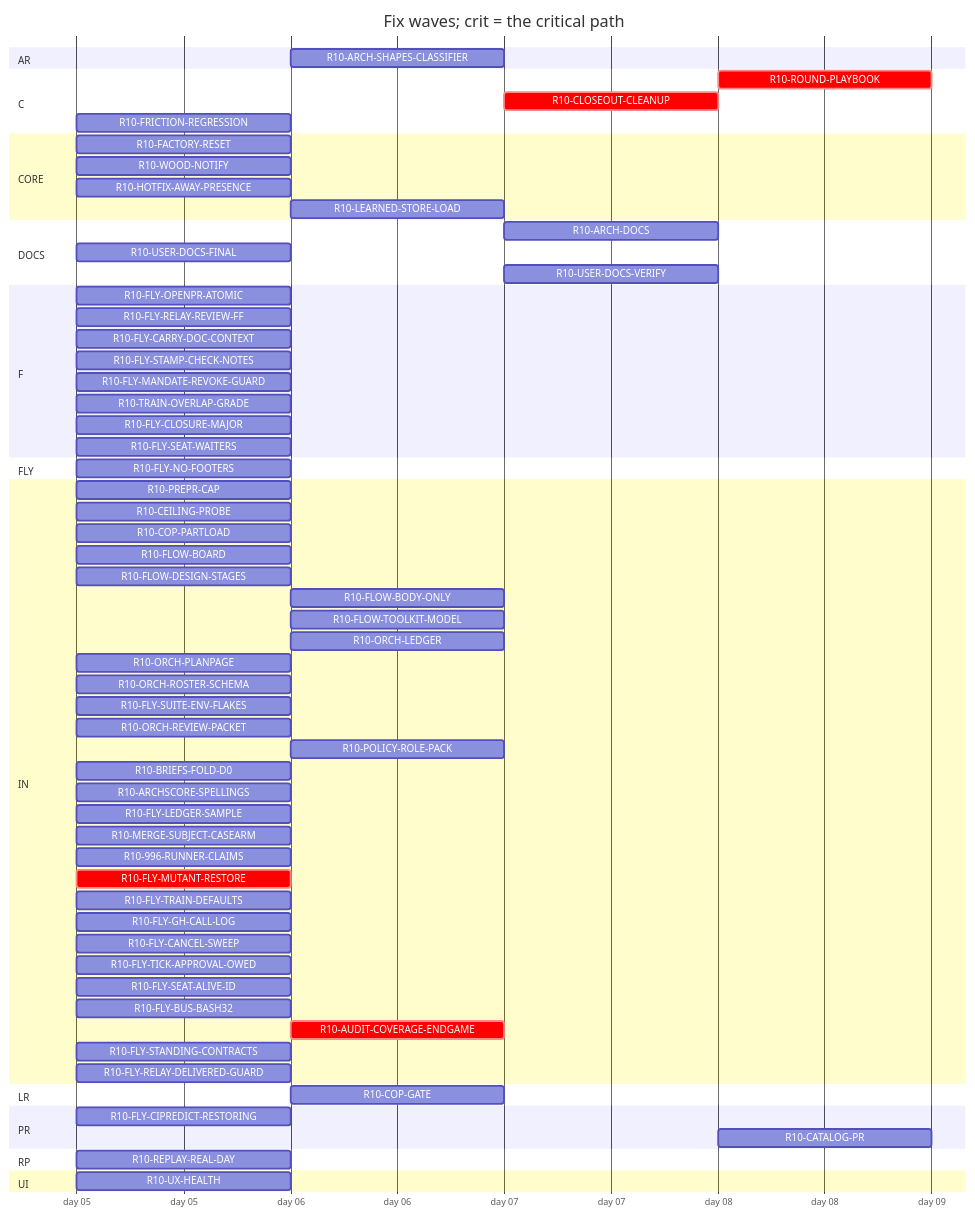
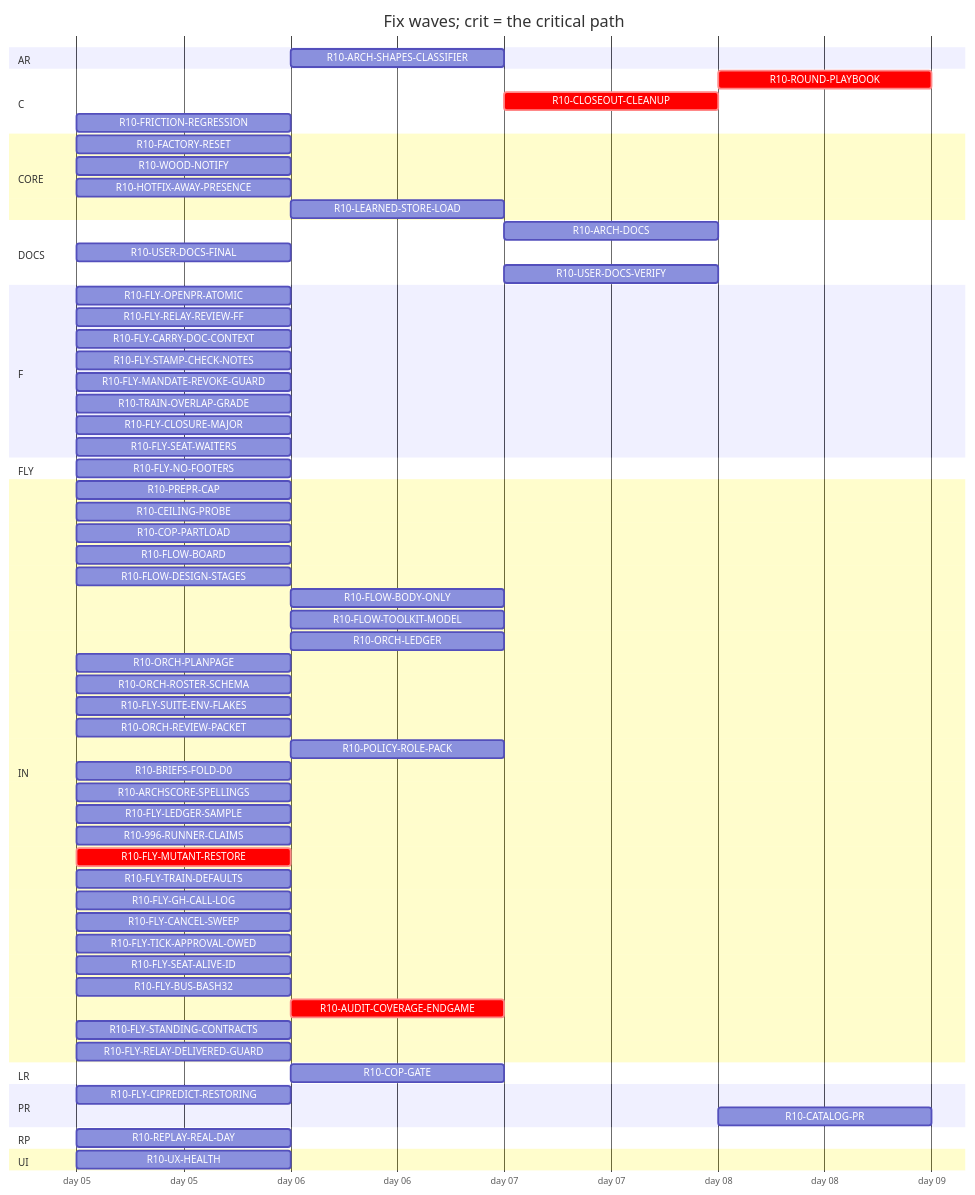
One commit to tvofi/heatpump_optimizer changed the diagram in handoff/round10/state/PLAN-TABLE.md. Above: the diagram before and after it, drawn with Mermaid. The commit also changed other lines of this file and 3 other files, not shown here.

Commit message:
state: FLOW-BOARD.md, NEXT-SESSION-PROMPT.md, PLAN-TABLE.md, RESUME-CURRENT.md regenerated (state_docs.py)

````diff
--- a/handoff/round10/state/PLAN-TABLE.md
+++ b/handoff/round10/state/PLAN-TABLE.md
@@ -24,70 +24,69 @@
 ```mermaid
 gantt
   title Fix waves; crit = the critical path
   dateFormat YYYY-MM-DD
   axisFormat day %d
   section AR
     R10-ARCH-SHAPES-CLASSIFIER :r10ARCHSHAPESCLASSIFIER, after r10996RUNNERCLAIMS, 1d
   section C
     R10-ROUND-PLAYBOOK :crit, r10ROUNDPLAYBOOK, after r10ORCHLEDGER r10ORCHPLANPAGE r10FLYRELAYREVIEWFF r10FLOWBODYONLY r10AUDITCOVERAGEENDGAME r10FLOWDESIGNSTAGES r10ORCHROSTERSCHEMA r10FLOWTOOLKITMODEL r10TRAINOVERLAPGRADE r10FLYTRAINDEFAULTS r10FLYCANCELSWEEP r10POLICYROLEPACK r10ORCHREVIEWPACKET r10FLOWBOARD r10CLOSEOUTCLEANUP, 1d
     R10-CLOSEOUT-CLEANUP :crit, r10CLOSEOUTCLEANUP, after r10AUDITCOVERAGEENDGAME, 1d
     R10-FRICTION-REGRESSION :r10FRICTIONREGRESSION, 2026-01-05, 1d
   section CORE
     R10-FACTORY-RESET :r10FACTORYRESET, 2026-01-05, 1d
     R10-WOOD-NOTIFY :r10WOODNOTIFY, 2026-01-05, 1d
     R10-HOTFIX-AWAY-PRESENCE :r10HOTFIXAWAYPRESENCE, 2026-01-05, 1d
     R10-LEARNED-STORE-LOAD :r10LEARNEDSTORELOAD, after r10FACTORYRESET, 1d
   section DOCS
     R10-ARCH-DOCS :r10ARCHDOCS, after r10COPGATE r10UXHEALTH r10CEILINGPROBE r10COPPARTLOAD r10FLOWBOARD r10FLOWDESIGNSTAGES r10FLOWBODYONLY r10FLYOPENPRATOMIC r10FLYRELAYREVIEWFF r10FLYCARRYDOCCONTEXT r10FLOWTOOLKITMODEL r10FLYSTAMPCHECKNOTES r10FLYMANDATEREVOKEGUARD r10TRAINOVERLAPGRADE r10FLYSUITEENVFLAKES r10ORCHLEDGER r10ORCHPLANPAGE r10ORCHROSTERSCHEMA r10ORCHREVIEWPACKET r10POLICYROLEPACK r10BRIEFSFOLDD0 r10REPLAYREALDAY r10ARCHSCORESPELLINGS r10FLYLEDGERSAMPLE, 1d
     R10-USER-DOCS-FINAL :r10USERDOCSFINAL, 2026-01-05, 1d
     R10-USER-DOCS-VERIFY :r10USERDOCSVERIFY, after r10COPGATE r10UXHEALTH r10CEILINGPROBE r10COPPARTLOAD r10FACTORYRESET r10WOODNOTIFY r10USERDOCSFINAL r10ARCHSHAPESCLASSIFIER r10HOTFIXAWAYPRESENCE, 1d
   section F
     R10-FLY-OPENPR-ATOMIC :r10FLYOPENPRATOMIC, 2026-01-05, 1d
     R10-FLY-RELAY-REVIEW-FF :r10FLYRELAYREVIEWFF, 2026-01-05, 1d
     R10-FLY-CARRY-DOC-CONTEXT :r10FLYCARRYDOCCONTEXT, 2026-01-05, 1d
     R10-FLY-STAMP-CHECK-NOTES :r10FLYSTAMPCHECKNOTES, 2026-01-05, 1d
     R10-FLY-MANDATE-REVOKE-GUARD :r10FLYMANDATEREVOKEGUARD, 2026-01-05, 1d
     R10-TRAIN-OVERLAP-GRADE :r10TRAINOVERLAPGRADE, 2026-01-05, 1d
     R10-FLY-CLOSURE-MAJOR :r10FLYCLOSUREMAJOR, 2026-01-05, 1d
     R10-FLY-SEAT-WAITERS :r10FLYSEATWAITERS, 2026-01-05, 1d
   section FLY
     R10-FLY-NO-FOOTERS :r10FLYNOFOOTERS, 2026-01-05, 1d
   section IN
     R10-PREPR-CAP :r10PREPRCAP, 2026-01-05, 1d
     R10-CEILING-PROBE :r10CEILINGPROBE, 2026-01-05, 1d
     R10-COP-PARTLOAD :r10COPPARTLOAD, 2026-01-05, 1d
     R10-FLOW-BOARD :r10FLOWBOARD, 2026-01-05, 1d
     R10-FLOW-DESIGN-STAGES :r10FLOWDESIGNSTAGES, 2026-01-05, 1d
     R10-FLOW-BODY-ONLY :r10FLOWBODYONLY, after r10FLYOPENPRATOMIC, 1d
     R10-FLOW-TOOLKIT-MODEL :r10FLOWTOOLKITMODEL, after r10ORCHPLANPAGE r10FLYCANCELSWEEP, 1d
     R10-ORCH-LEDGER :r10ORCHLEDGER, after r10FLYCANCELSWEEP, 1d
     R10-ORCH-PLANPAGE :r10ORCHPLANPAGE, 2026-01-05, 1d
     R10-ORCH-ROSTER-SCHEMA :r10ORCHROSTERSCHEMA, 2026-01-05, 1d
     R10-FLY-SUITE-ENV-FLAKES :r10FLYSUITEENVFLAKES, 2026-01-05, 1d
     R10-ORCH-REVIEW-PACKET :r10ORCHREVIEWPACKET, 2026-01-05, 1d
     R10-POLICY-ROLE-PACK :r10POLICYROLEPACK, after r10FLOWDESIGNSTAGES, 1d
     R10-BRIEFS-FOLD-D0 :r10BRIEFSFOLDD0, 2026-01-05, 1d
     R10-ARCHSCORE-SPELLINGS :r10ARCHSCORESPELLINGS, 2026-01-05, 1d
     R10-FLY-LEDGER-SAMPLE :r10FLYLEDGERSAMPLE, 2026-01-05, 1d
-    R10-MERGE-SUBJECT-CASEARM :r10MERGESUBJECTCASEARM, 2026-01-05, 1d
     R10-996-RUNNER-CLAIMS :r10996RUNNERCLAIMS, 2026-01-05, 1d
     R10-FLY-MUTANT-RESTORE :crit, r10FLYMUTANTRESTORE, 2026-01-05, 1d
     R10-FLY-TRAIN-DEFAULTS :r10FLYTRAINDEFAULTS, 2026-01-05, 1d
     R10-FLY-GH-CALL-LOG :r10FLYGHCALLLOG, 2026-01-05, 1d
     R10-FLY-CANCEL-SWEEP :r10FLYCANCELSWEEP, 2026-01-05, 1d
     R10-FLY-TICK-APPROVAL-OWED :r10FLYTICKAPPROVALOWED, 2026-01-05, 1d
     R10-FLY-SEAT-ALIVE-ID :r10FLYSEATALIVEID, 2026-01-05, 1d
     R10-FLY-BUS-BASH32 :r10FLYBUSBASH32, 2026-01-05, 1d
     R10-AUDIT-COVERAGE-ENDGAME :crit, r10AUDITCOVERAGEENDGAME, after r10FLYMUTANTRESTORE r10996RUNNERCLAIMS, 1d
     R10-FLY-STANDING-CONTRACTS :r10FLYSTANDINGCONTRACTS, 2026-01-05, 1d
     R10-FLY-RELAY-DELIVERED-GUARD :r10FLYRELAYDELIVEREDGUARD, 2026-01-05, 1d
   section LR
     R10-COP-GATE :r10COPGATE, after r10CEILINGPROBE, 1d
   section PR
     R10-FLY-CIPREDICT-RESTORING :r10FLYCIPREDICTRESTORING, 2026-01-05, 1d
     R10-CATALOG-PR :r10CATALOGPR, after r10USERDOCSVERIFY r10AUDITCOVERAGEENDGAME, 1d
   section RP
     R10-REPLAY-REAL-DAY :r10REPLAYREALDAY, 2026-01-05, 1d
   section UI
     R10-UX-HEALTH :r10UXHEALTH, 2026-01-05, 1d
 ```
````
